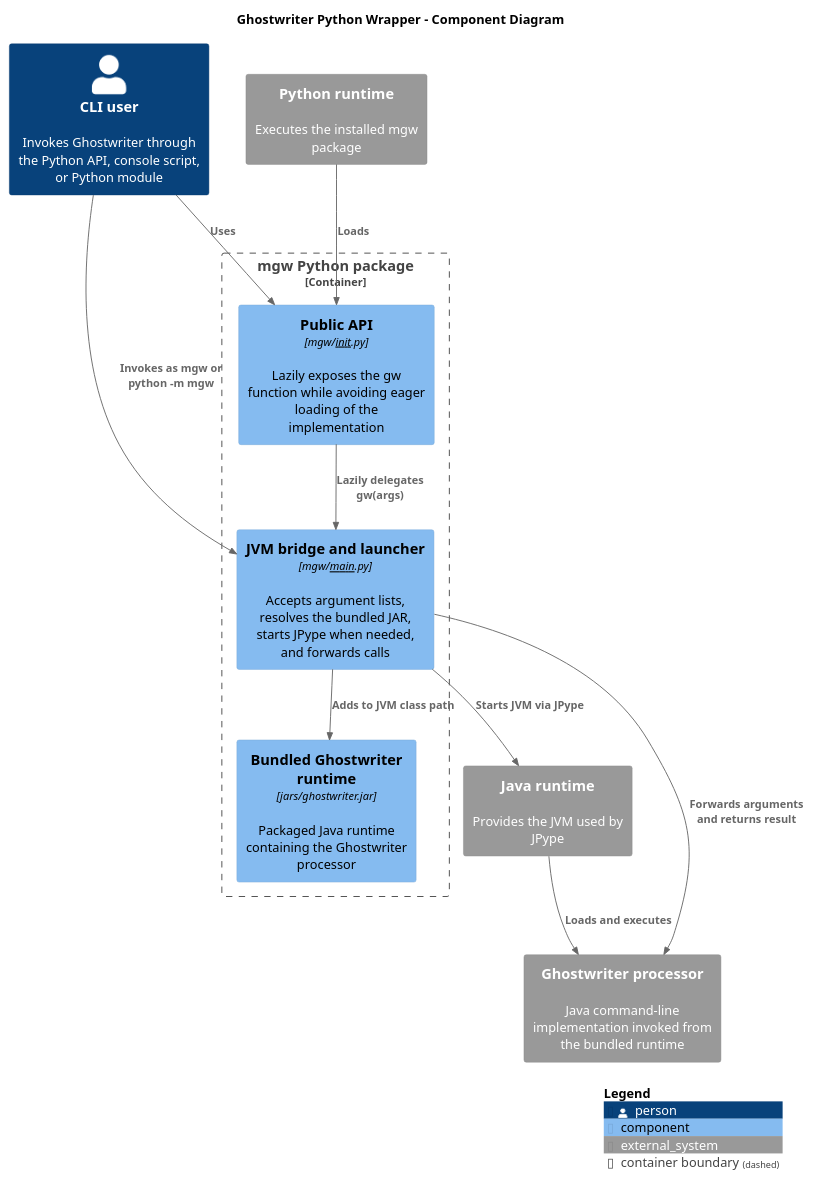
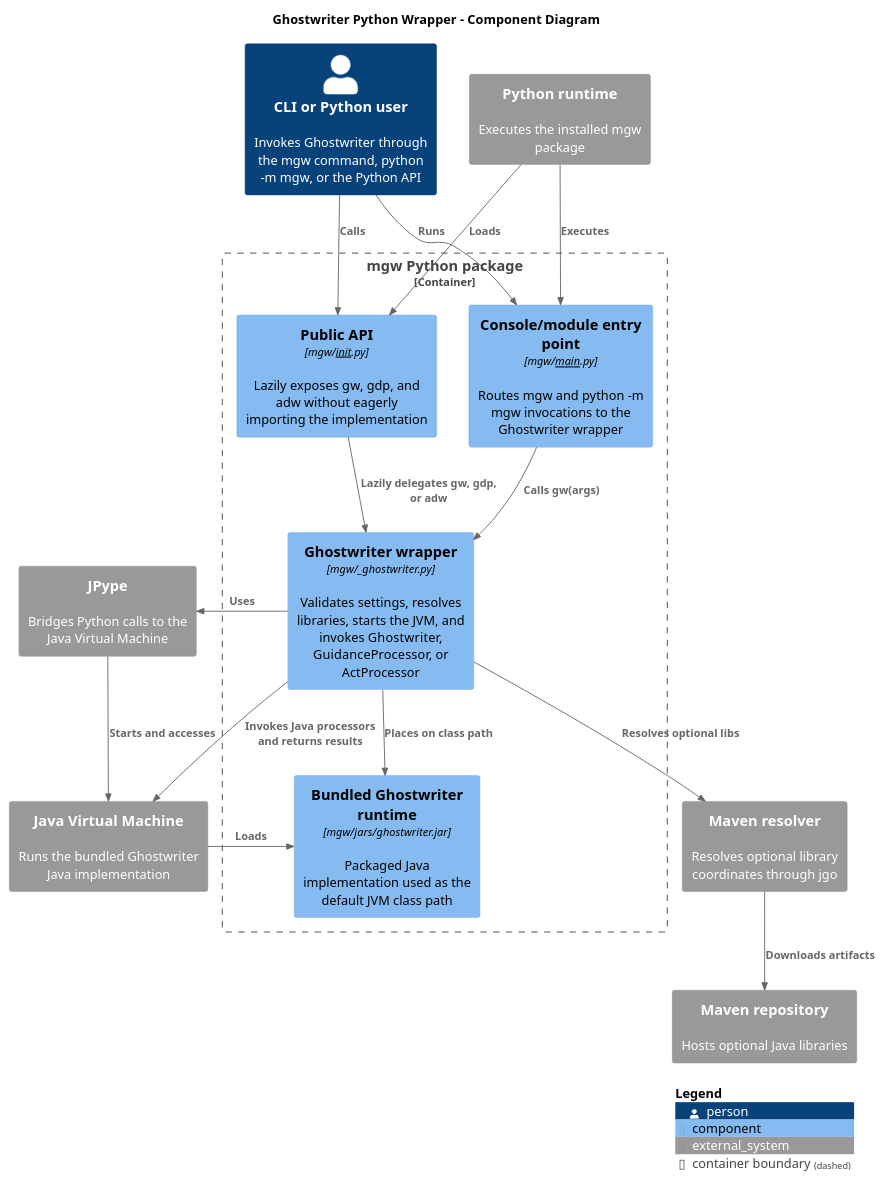
Before and after one commit to machanism-org/ghostwriter-py: the diagram in src/site/puml/c4-diagram.puml, drawn with PlantUML. The commit also changed 2 other files, not shown here.

Commit message:
docs: update usage and component diagram

```diff
--- a/src/site/puml/c4-diagram.puml
+++ b/src/site/puml/c4-diagram.puml
@@ -11,29 +11,36 @@
 @startuml c4-ghostwriter-python
 !include https://raw.githubusercontent.com/plantuml-stdlib/C4-PlantUML/master/C4_Component.puml
 
 LAYOUT_WITH_LEGEND()
 title Ghostwriter Python Wrapper - Component Diagram
 
-Person(cliUser, "CLI user", "Invokes Ghostwriter through the Python API, console script, or Python module")
+Person(cliUser, "CLI or Python user", "Invokes Ghostwriter through the mgw command, python -m mgw, or the Python API")
 System_Ext(pythonRuntime, "Python runtime", "Executes the installed mgw package")
-System_Ext(javaRuntime, "Java runtime", "Provides the JVM used by JPype")
+System_Ext(jpype, "JPype", "Bridges Python calls to the Java Virtual Machine")
+System_Ext(javaRuntime, "Java Virtual Machine", "Runs the bundled Ghostwriter Java implementation")
+System_Ext(mavenResolver, "Maven resolver", "Resolves optional library coordinates through jgo")
+System_Ext(mavenRepository, "Maven repository", "Hosts optional Java libraries")
 
 Container_Boundary(mgwPackage, "mgw Python package") {
-    Component(publicApi, "Public API", "mgw/__init__.py", "Lazily exposes the gw function while avoiding eager loading of the implementation")
-    Component(wrapper, "JVM bridge and launcher", "mgw/__main__.py", "Accepts argument lists, resolves the bundled JAR, starts JPype when needed, and forwards calls")
-    Component(runtimeJar, "Bundled Ghostwriter runtime", "jars/ghostwriter.jar", "Packaged Java runtime containing the Ghostwriter processor")
+    Component(publicApi, "Public API", "mgw/__init__.py", "Lazily exposes gw, gdp, and adw without eagerly importing the implementation")
+    Component(entryPoint, "Console/module entry point", "mgw/__main__.py", "Routes mgw and python -m mgw invocations to the Ghostwriter wrapper")
+    Component(wrapper, "Ghostwriter wrapper", "mgw/_ghostwriter.py", "Validates settings, resolves libraries, starts the JVM, and invokes Ghostwriter, GuidanceProcessor, or ActProcessor")
+    Component(runtimeJar, "Bundled Ghostwriter runtime", "mgw/jars/ghostwriter.jar", "Packaged Java implementation used as the default JVM class path")
 }
 
-System_Ext(ghostwriter, "Ghostwriter processor", "Java command-line implementation invoked from the bundled runtime")
-
-Rel(cliUser, publicApi, "Uses")
-Rel(cliUser, wrapper, "Invokes as mgw or python -m mgw")
+Rel(cliUser, entryPoint, "Runs")
+Rel(cliUser, publicApi, "Calls")
 Rel(pythonRuntime, publicApi, "Loads")
-Rel(publicApi, wrapper, "Lazily delegates gw(args)")
-Rel(wrapper, javaRuntime, "Starts JVM via JPype")
-Rel(wrapper, runtimeJar, "Adds to JVM class path")
-Rel(javaRuntime, ghostwriter, "Loads and executes")
-Rel(wrapper, ghostwriter, "Forwards arguments and returns result")
+Rel(pythonRuntime, entryPoint, "Executes")
+Rel(entryPoint, wrapper, "Calls gw(args)")
+Rel(publicApi, wrapper, "Lazily delegates gw, gdp, or adw")
+Rel(wrapper, jpype, "Uses")
+Rel(jpype, javaRuntime, "Starts and accesses")
+Rel(wrapper, runtimeJar, "Places on class path")
+Rel(wrapper, mavenResolver, "Resolves optional libs")
+Rel(mavenResolver, mavenRepository, "Downloads artifacts")
+Rel(javaRuntime, runtimeJar, "Loads")
+Rel(wrapper, javaRuntime, "Invokes Java processors and returns results")
 
 SHOW_LEGEND()
 @enduml
```
